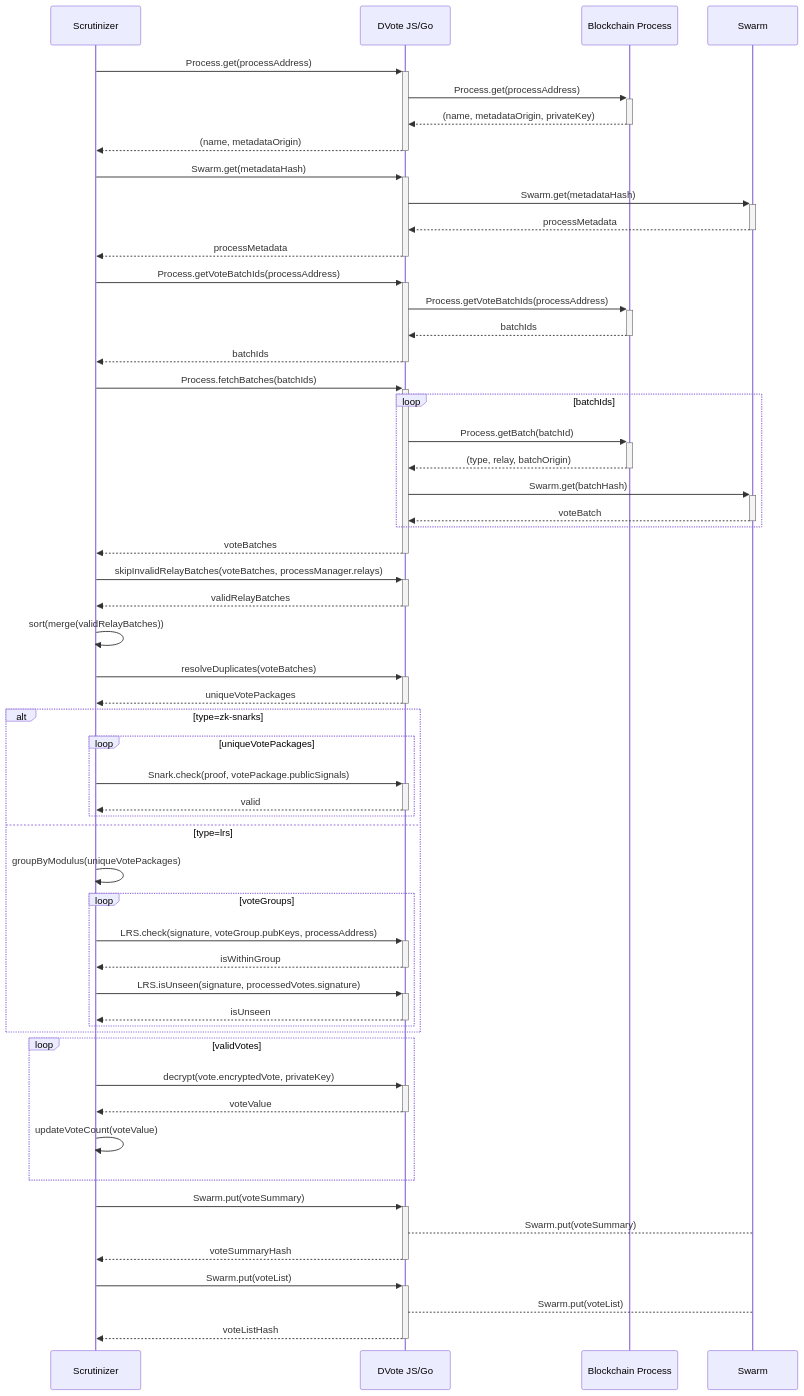
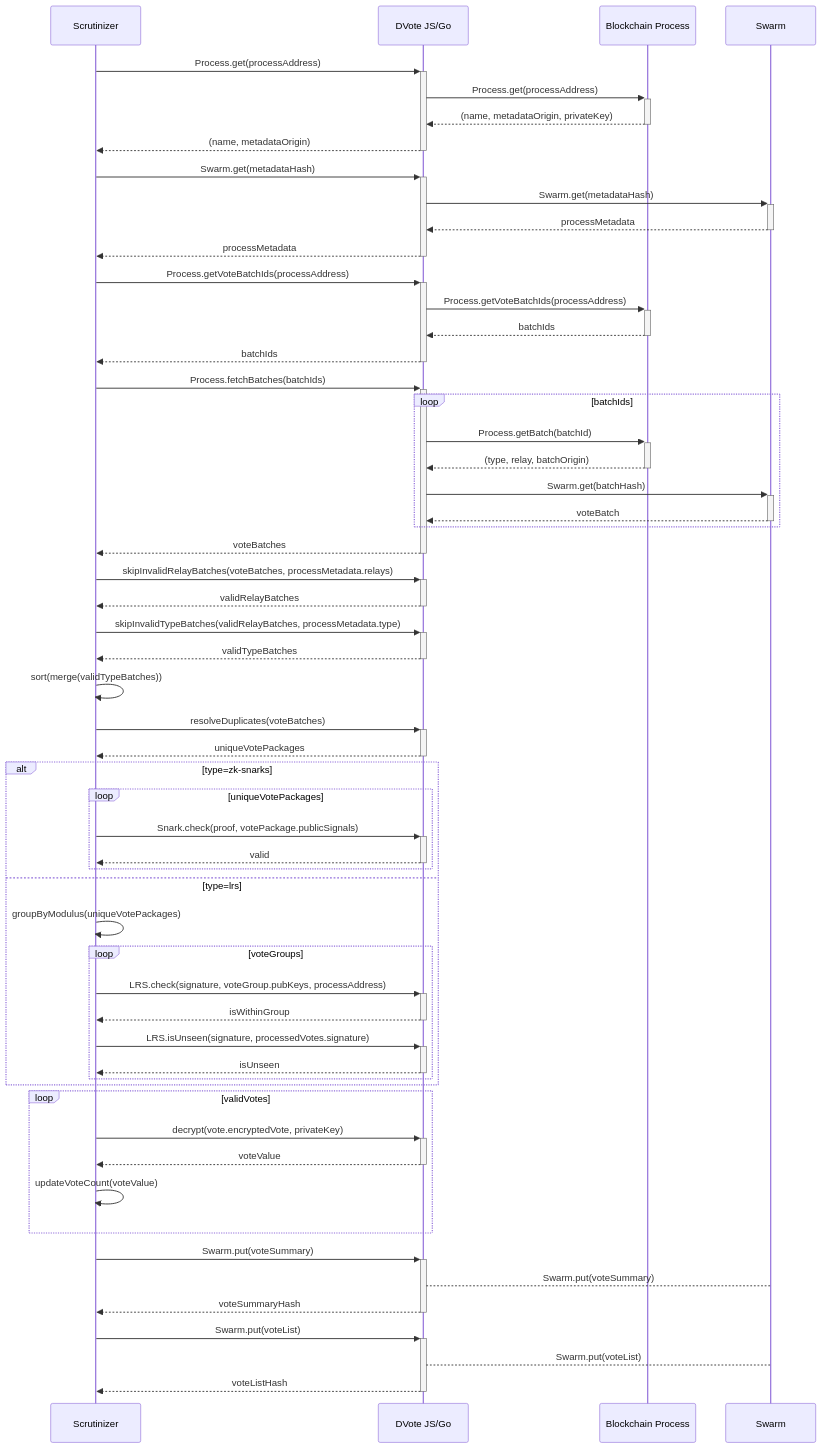
One commit to vocdoni/docs changed diagram 15 of 15 in docs/protocol/sequence-diagrams.md. Above: the diagram before and after it, drawn with Mermaid. The commit also changed other lines of this file and 2 other files, not shown here.

```diff
--- a/docs/protocol/sequence-diagrams.md
+++ b/docs/protocol/sequence-diagrams.md
@@ -503,10 +503,13 @@
         end
     DV-->>-SC: voteBatches
 
-    SC->>+DV: skipInvalidRelayBatches(voteBatches, processManager.relays)
+    SC->>+DV: skipInvalidRelayBatches(voteBatches, processMetadata.relays)
     DV-->>-SC: validRelayBatches
     
-    SC->>SC: sort(merge(validRelayBatches))
+    SC->>+DV: skipInvalidTypeBatches(validRelayBatches, processMetadata.type)
+    DV-->>-SC: validTypeBatches
+    
+    SC->>SC: sort(merge(validTypeBatches))
 
     SC->>+DV: resolveDuplicates(voteBatches)
     DV-->>-SC: uniqueVotePackages
```
